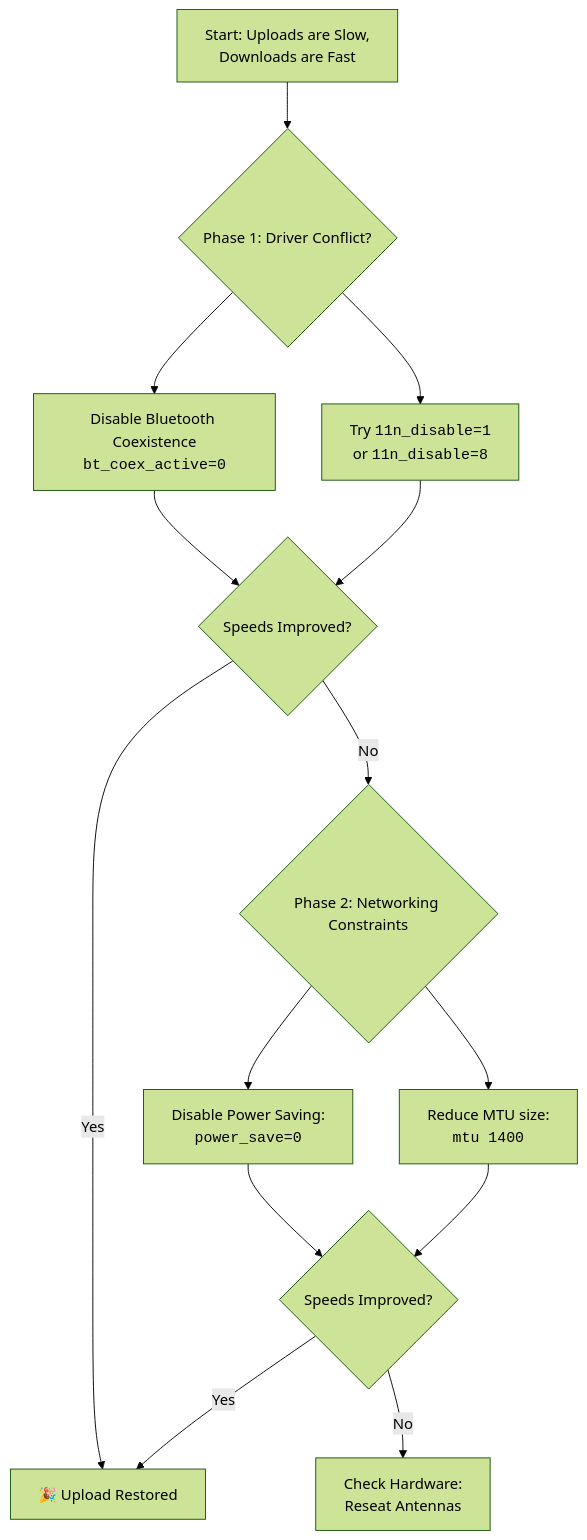
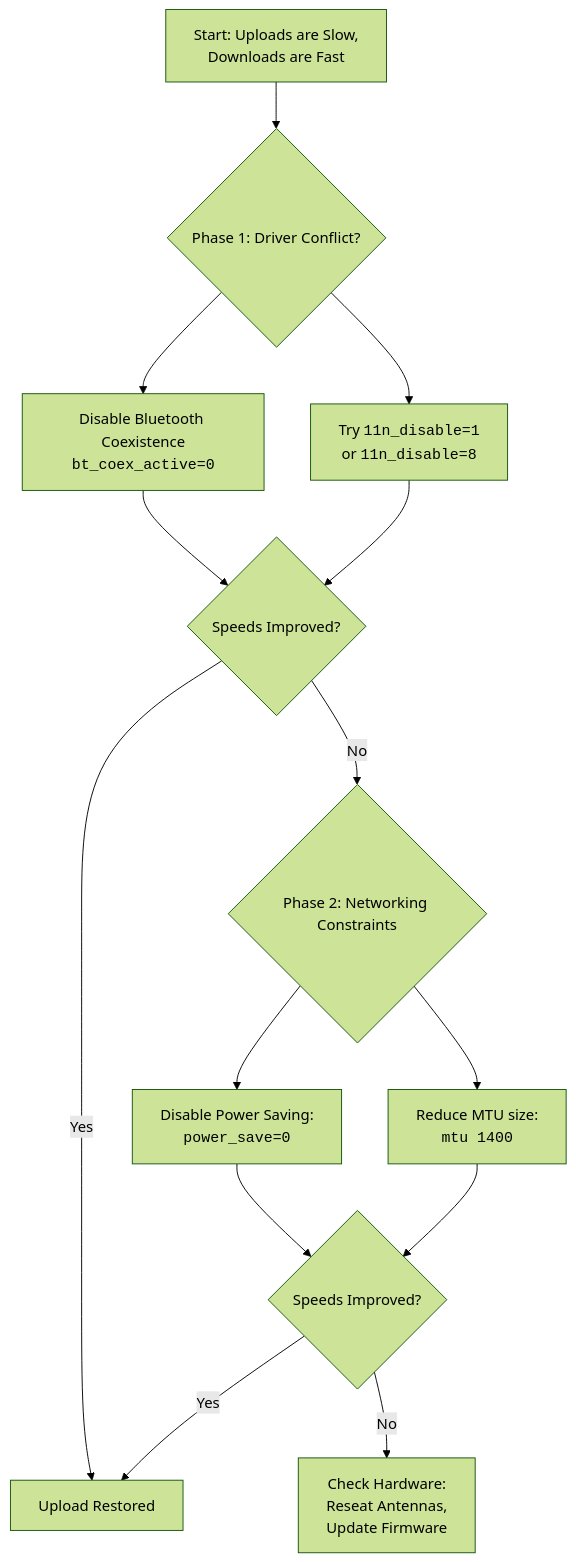
Before and after one commit to htghuzaifa2/huzi.pk-web-v2: the diagram in src/data/blogs/posts/tech/intel-ax210-slow-upload-linux-fix.md, drawn with Mermaid (forest theme). The commit also changed other lines of this file and 488 other files, not shown here.

````diff
--- a/src/data/blogs/posts/tech/intel-ax210-slow-upload-linux-fix.md
+++ b/src/data/blogs/posts/tech/intel-ax210-slow-upload-linux-fix.md
@@ -68,20 +139,20 @@
 ```mermaid
 flowchart TD
     A[Start: Uploads are Slow,<br>Downloads are Fast] --> B{Phase 1: Driver Conflict?}
     B --> C[Try <code>11n_disable=1</code><br>or <code>11n_disable=8</code>]
     B --> D[Disable Bluetooth Coexistence<br><code>bt_coex_active=0</code>]
     
     C --> E{Speeds Improved?}
     D --> E
     
     E -- No --> F{Phase 2: Networking Constraints}
     F --> G[Reduce MTU size:<br><code>mtu 1400</code>]
     F --> H[Disable Power Saving:<br><code>power_save=0</code>]
     
     G --> I{Speeds Improved?}
     H --> I
     
-    I -- Yes --> K[🎉 Upload Restored]
+    I -- Yes --> K[Upload Restored]
     E -- Yes --> K
-    I -- No --> J[Check Hardware:<br>Reseat Antennas]
+    I -- No --> J[Check Hardware:<br>Reseat Antennas,<br>Update Firmware]
 ```
````
